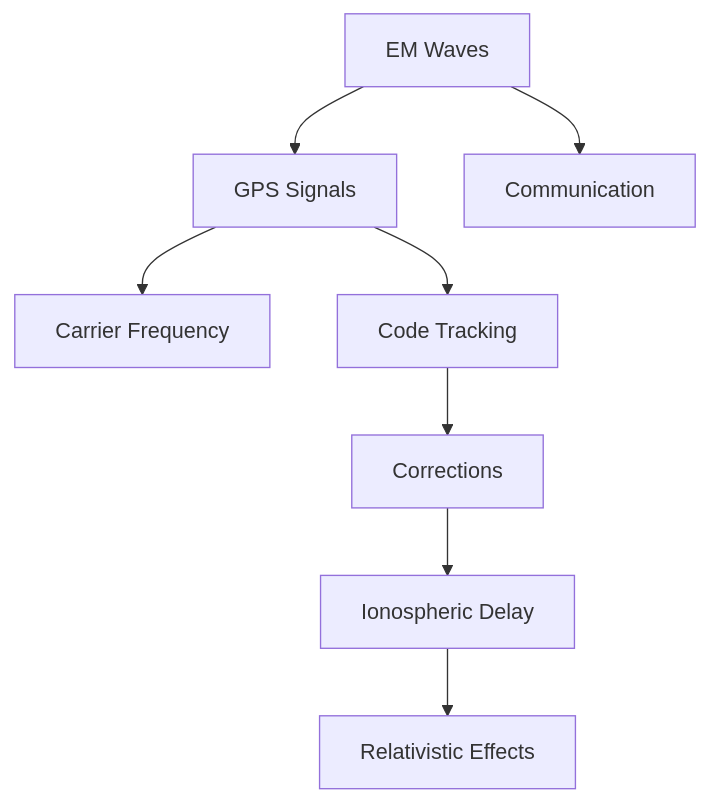
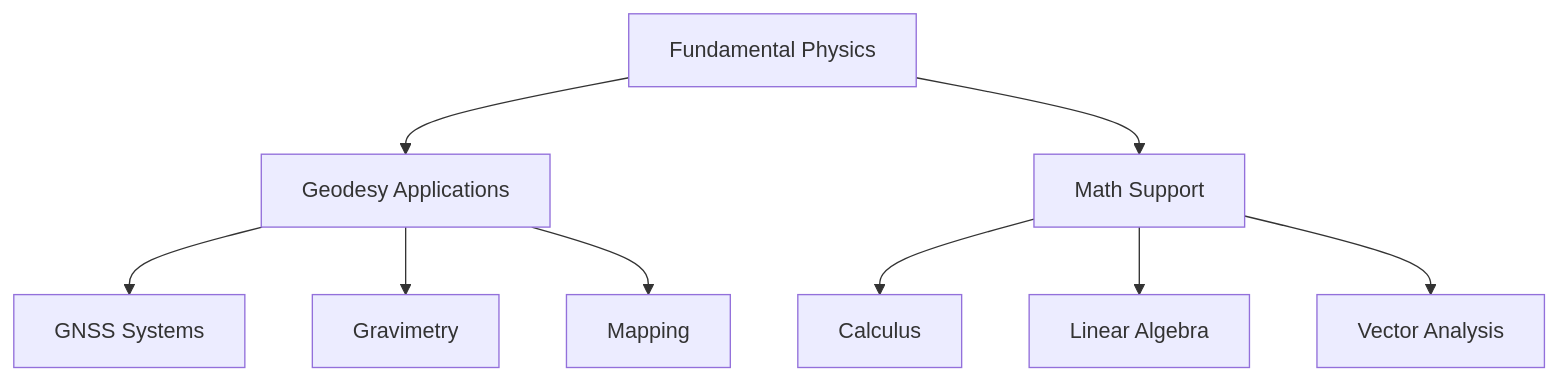
One commit to malikynaufal/AIGIS changed the second of 2 diagrams in Physics/Physics MOC.md. Above: the diagram before and after it, drawn with Mermaid. The commit also changed other lines of this file and 114 other files, not shown here.

Commit message:
Geodesy LaTeX readability fix: display math blocks, inline spacing, 80 files

````diff
--- a/Physics/Physics MOC.md
+++ b/Physics/Physics MOC.md
@@ -224,10 +68,11 @@
 ```mermaid
-flowchart TD
- A[EM Waves] --> B[GPS Signals]
- A --> C[Communication]
- B --> D[Carrier Frequency]
- B --> E[Code Tracking]
- E --> F[Corrections]
- F --> G[Ionospheric Delay]
- G --> H[Relativistic Effects]
+graph TD
+  A[Fundamental Physics] --> B[Geodesy Applications]
+  B --> C[GNSS Systems]
+  B --> D[Gravimetry]
+  B --> E[Mapping]
+  A --> F[Math Support]
+  F --> G[Calculus]
+  F --> H[Linear Algebra]
+  F --> I[Vector Analysis]
 ```
````
